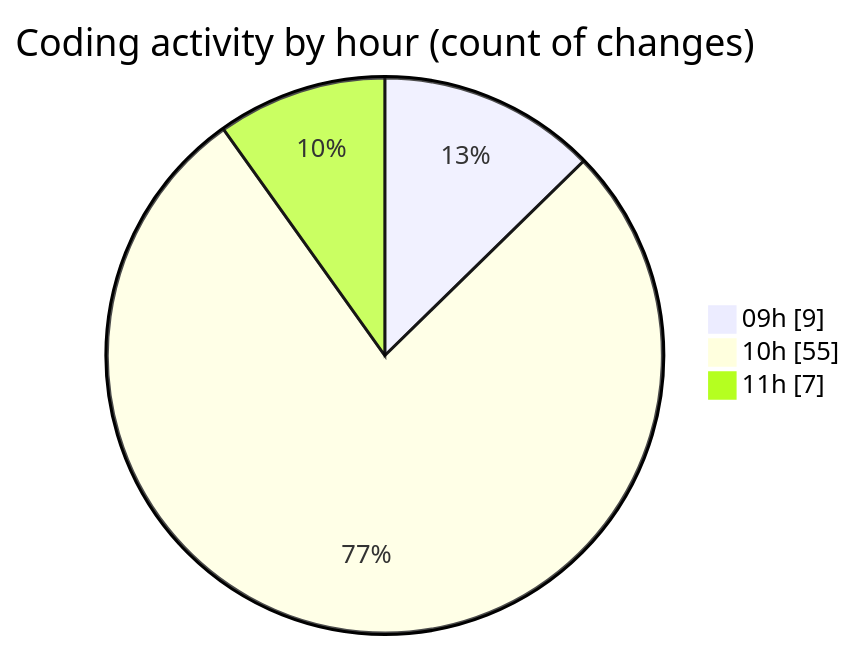
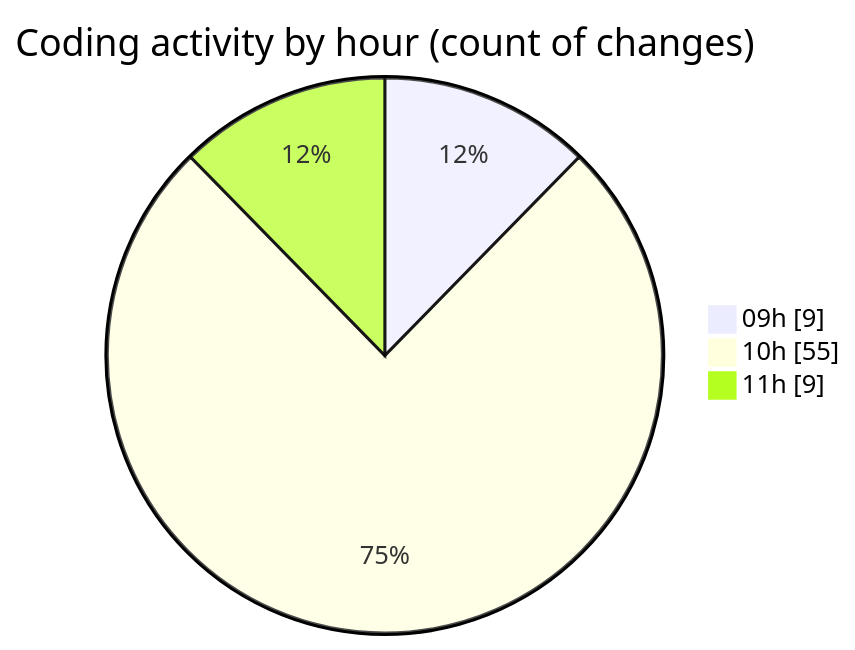
Before and after one commit to robertbonfada/code-tracking: the second of 2 diagrams in 2025-03-04/termonied_testador/README.md, drawn with Mermaid. The commit also changed other lines of this file and 1 other file, not shown here.

````diff
--- a/2025-03-04/termonied_testador/README.md
+++ b/2025-03-04/termonied_testador/README.md
@@ -37,7 +37,7 @@
 ```mermaid
 pie showData
 title Coding activity by hour (count of changes)
 "09h" : 9
 "10h" : 55
-"11h" : 7
+"11h" : 9
 ```
````
